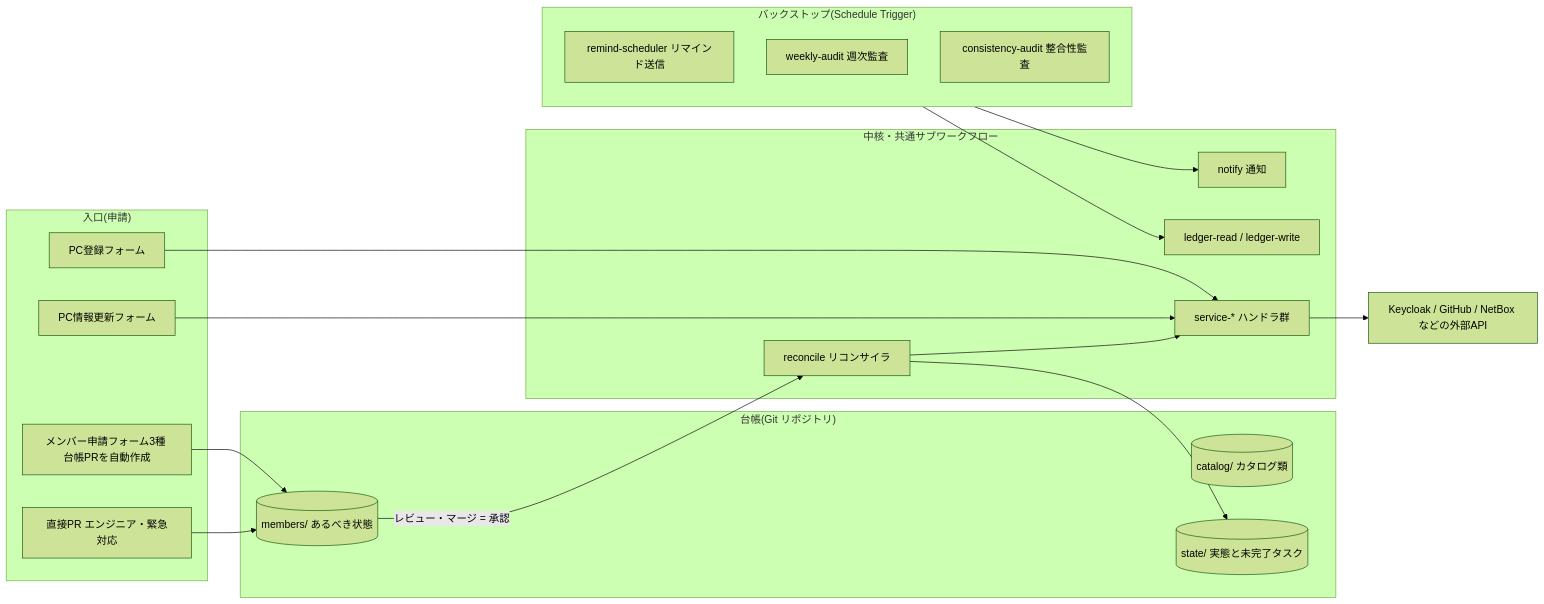
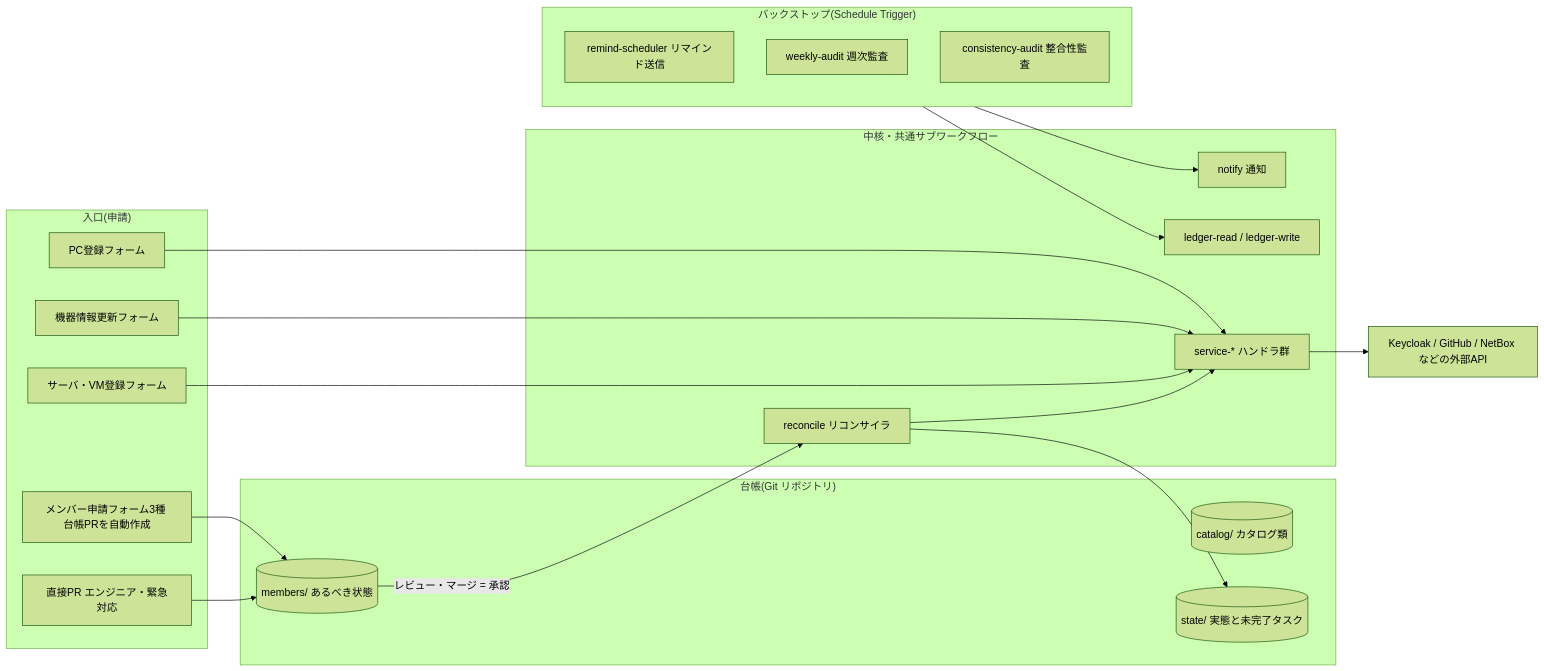
One commit to Koala-Heavy-Industries/n8n-test changed the diagram in docs/design/00-overview.md. Above: the diagram before and after it, drawn with Mermaid (forest theme). The commit also changed other lines of this file and 5 other files, not shown here.

````diff
--- a/docs/design/00-overview.md
+++ b/docs/design/00-overview.md
@@ -72,39 +75,41 @@
 ```mermaid
 flowchart LR
     subgraph entry["入口(申請)"]
         A1[メンバー申請フォーム3種 台帳PRを自動作成]
         A2[直接PR エンジニア・緊急対応]
         A4[PC登録フォーム]
-        A5[PC情報更新フォーム]
+        A5[機器情報更新フォーム]
+        A6[サーバ・VM登録フォーム]
     end
 
     subgraph ledger["台帳(Git リポジトリ)"]
         D1[(members/ あるべき状態)]
         D3[(catalog/ カタログ類)]
         D2[(state/ 実態と未完了タスク)]
     end
 
     subgraph core["中核・共通サブワークフロー"]
         B0[reconcile リコンサイラ]
         B2[notify 通知]
         B3[ledger-read / ledger-write]
         B4[service-* ハンドラ群]
     end
 
     subgraph backstop["バックストップ(Schedule Trigger)"]
         C1[remind-scheduler リマインド送信]
         C2[weekly-audit 週次監査]
         C3[consistency-audit 整合性監査]
     end
 
     A1 --> D1
     A2 --> D1
     A4 --> B4
     A5 --> B4
+    A6 --> B4
     D1 -->|レビュー・マージ = 承認| B0
     B0 --> B4
     B0 --> D2
     B4 --> EXT[Keycloak / GitHub / NetBox などの外部API]
     backstop --> B3
     backstop --> B2
 ```
````
